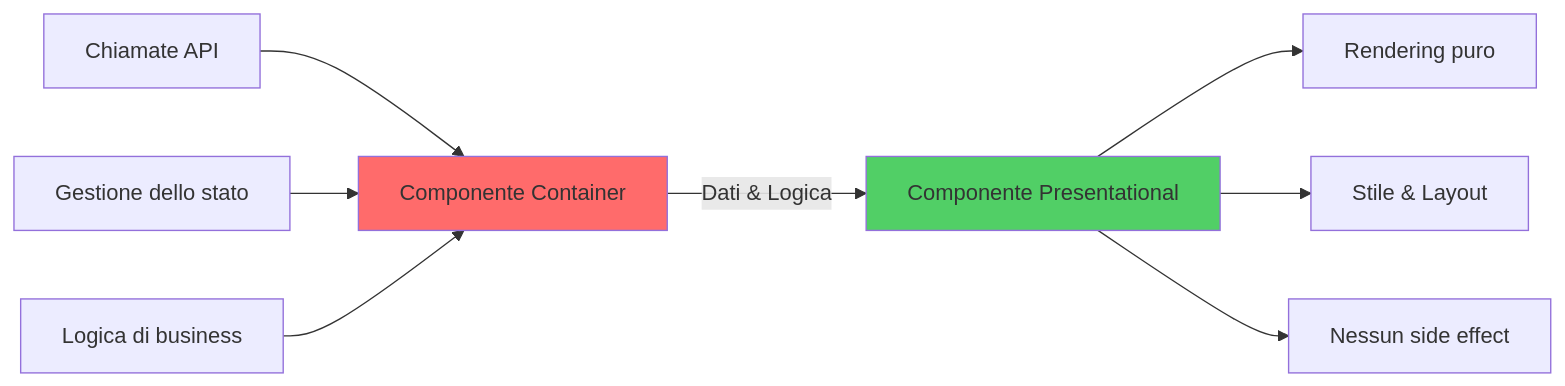
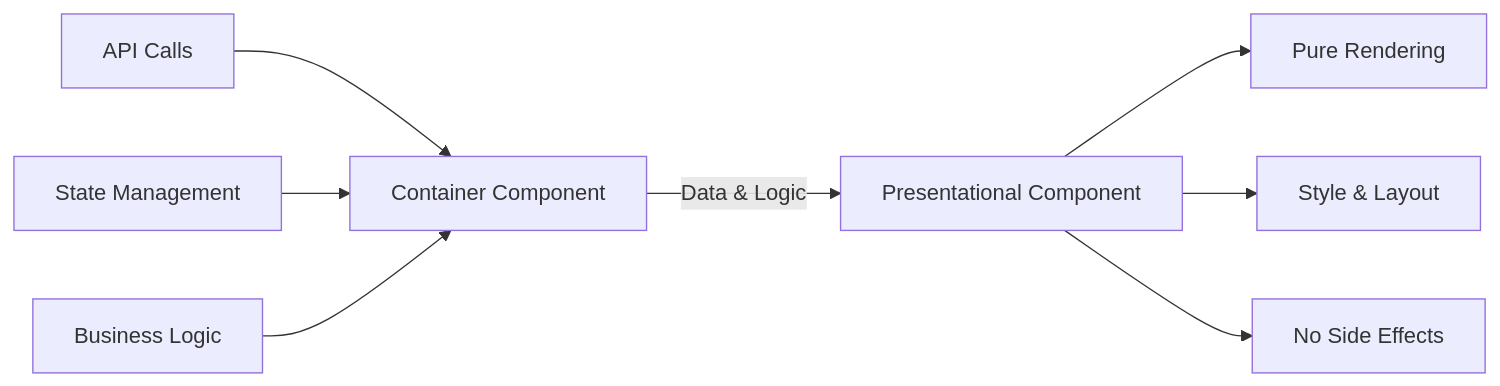
The seventh of 12 diagrams in arguments/chapters/it/03-component-patterns-best-practices.md (BabaScience/react-guides), drawn with Mermaid before and after one commit. The commit also changed other lines of this file and 29 other files, not shown here.

First line of the commit message:
Bring React FR/IT translations to full English parity + theme-safe diagrams

````diff
--- a/arguments/chapters/it/03-component-patterns-best-practices.md
+++ b/arguments/chapters/it/03-component-patterns-best-practices.md
@@ -253,15 +1092,13 @@
 ```mermaid
 graph LR
-    A[Componente Container] -->|Dati & Logica| B[Componente Presentational]
+    A[Container Component] -->|Data & Logic| B[Presentational Component]
     
-    C[Chiamate API] --> A
-    D[Gestione dello stato] --> A
-    E[Logica di business] --> A
+    C[API Calls] --> A
+    D[State Management] --> A
+    E[Business Logic] --> A
     
-    B --> F[Rendering puro]
-    B --> G[Stile & Layout]
-    B --> H[Nessun side effect]
+    B --> F[Pure Rendering]
+    B --> G[Style & Layout]
+    B --> H[No Side Effects]
     
-    style A fill:#ff6b6b
-    style B fill:#51cf66
 ```
````
